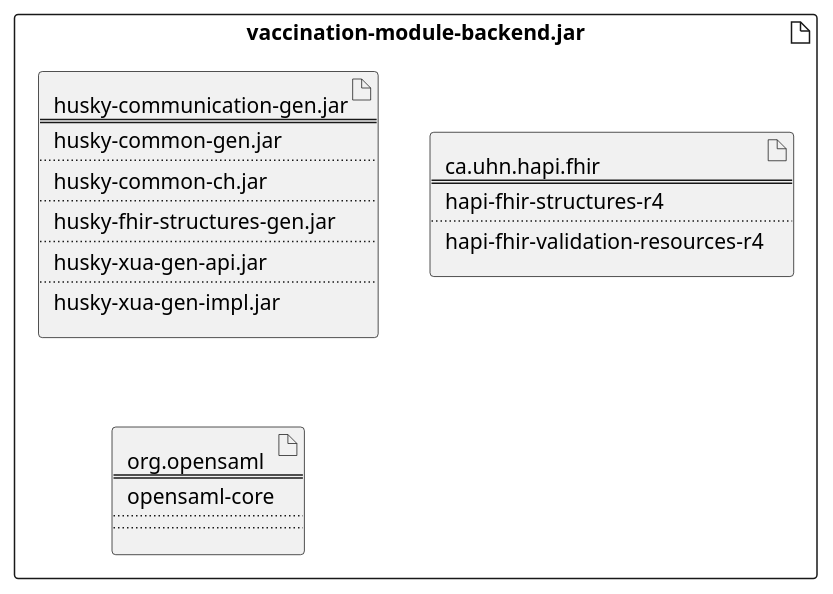
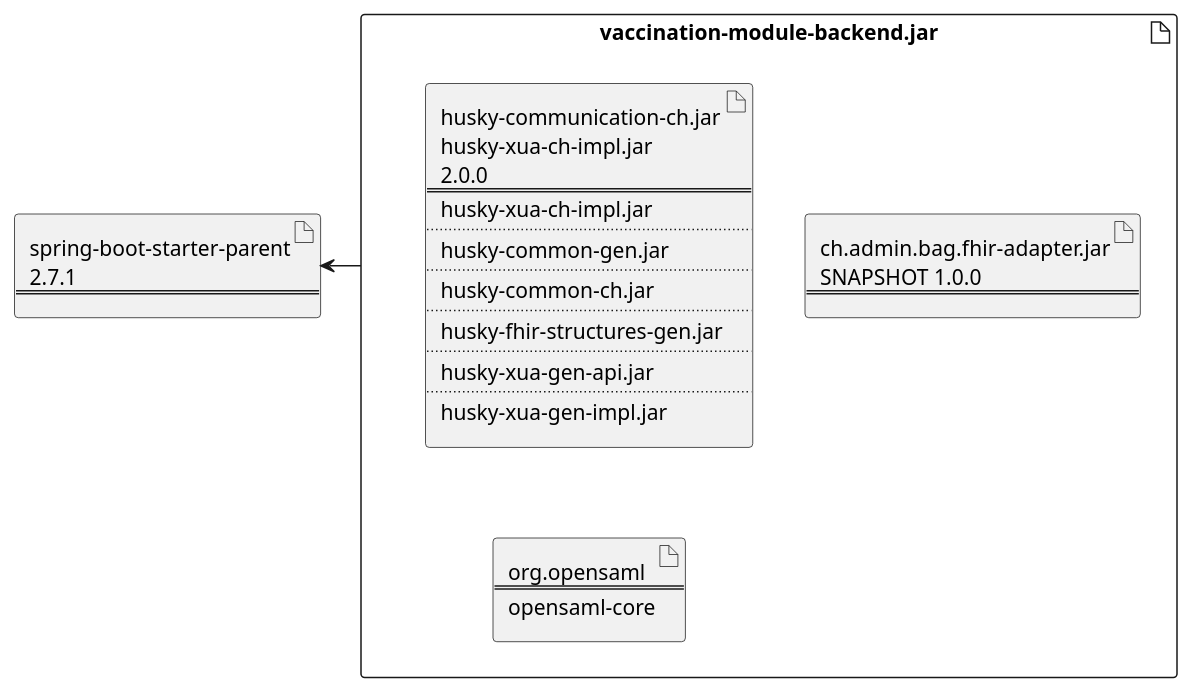
Before and after one commit to ehealthsuisse/Impfmodul-Phase-I: the diagram in Implementation/vaccination-module-backend/docs/plantuml/deployment.plantuml, drawn with PlantUML. The commit also changed 577 other files, not shown here.

```diff
--- a/Implementation/vaccination-module-backend/docs/plantuml/deployment.plantuml
+++ b/Implementation/vaccination-module-backend/docs/plantuml/deployment.plantuml
@@ -1,36 +1,44 @@
 @startuml
+
+artifact SpringbootParent [
+  spring-boot-starter-parent
+  2.7.1
+  ====
+]
 
 artifact Impfmodule as "vaccination-module-backend.jar" {
   artifact Husky [
-    husky-communication-gen.jar
+    husky-communication-ch.jar
+    husky-xua-ch-impl.jar
+    2.0.0
     ====
+    husky-xua-ch-impl.jar
+    ....
     husky-common-gen.jar
     ....
     husky-common-ch.jar
     ....
     husky-fhir-structures-gen.jar
     ....
     husky-xua-gen-api.jar
     ....
     husky-xua-gen-impl.jar
   ]
 
-  artifact fhir [
-    ca.uhn.hapi.fhir
+  artifact fhir_adapter [
+    ch.admin.bag.fhir-adapter.jar
+    SNAPSHOT 1.0.0
     ====
-    hapi-fhir-structures-r4
-    ....
-    hapi-fhir-validation-resources-r4
   ]
 
   artifact opensaml[
     org.opensaml
     ====
     opensaml-core
-    ....
-    ....
   ] 
 
 }
-  
+
+SpringbootParent <-r- Impfmodule
+
 @enduml
```
